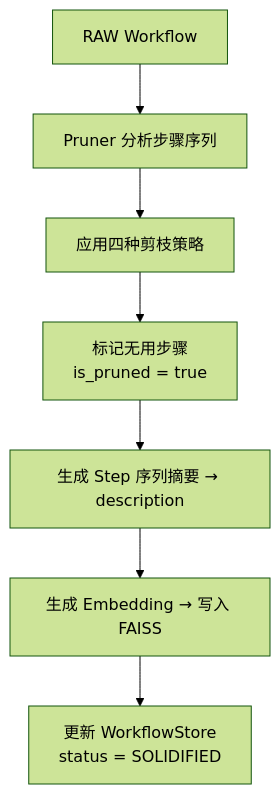
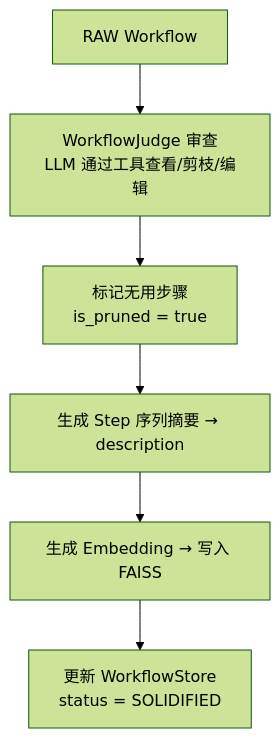
One commit to Mag1cry/WorkflowRAG changed the third of 5 diagrams in docs/Design.md. Above: the diagram before and after it, drawn with Mermaid (forest theme). The commit also changed other lines of this file and 12 other files, not shown here.

First line of the commit message:
refactor: 移除全部规则剪枝，剪枝统一走 WorkflowJudge（LLM 剪枝）v0.7.0

````diff
--- a/docs/Design.md
+++ b/docs/Design.md
@@ -234,12 +241,11 @@
 ```mermaid
 flowchart TB
     A[RAW Workflow]
-    B[Pruner 分析步骤序列]
-    C[应用四种剪枝策略]
-    D[标记无用步骤<br/>is_pruned = true]
-    E[生成 Step 序列摘要 → description]
-    F[生成 Embedding → 写入 FAISS]
-    G[更新 WorkflowStore<br/>status = SOLIDIFIED]
+    B[WorkflowJudge 审查<br/>LLM 通过工具查看/剪枝/编辑]
+    C[标记无用步骤<br/>is_pruned = true]
+    D[生成 Step 序列摘要 → description]
+    E[生成 Embedding → 写入 FAISS]
+    F[更新 WorkflowStore<br/>status = SOLIDIFIED]
 
-    A --> B --> C --> D --> E --> F --> G
+    A --> B --> C --> D --> E --> F
 ```
````
